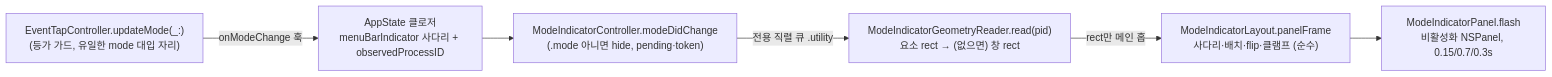
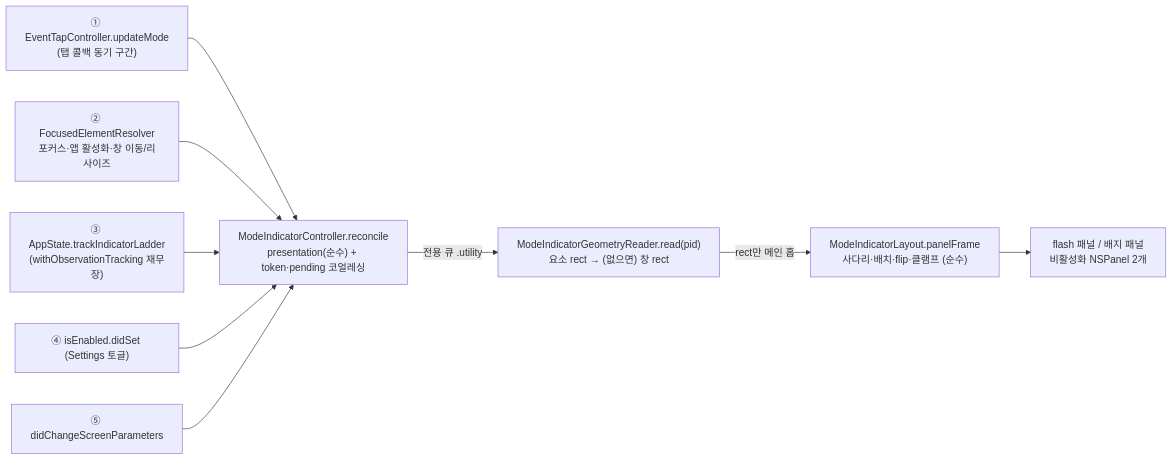
One commit to pilyang/vim-action changed the diagram in .claude/skills/architecture/references/mode-indicator-overlay.md. Above: the diagram before and after it, drawn with Mermaid. The commit also changed other lines of this file and 16 other files, not shown here.

First line of the commit message:
feat(app): keep a mode badge on screen outside insert mode (#67)

````diff
--- a/.claude/skills/architecture/references/mode-indicator-overlay.md
+++ b/.claude/skills/architecture/references/mode-indicator-overlay.md
@@ -9,8 +9,12 @@
 ```mermaid
 graph LR
-    A["EventTapController.updateMode(_:)<br/>(등가 가드, 유일한 mode 대입 자리)"] -->|onModeChange 훅| B["AppState 클로저<br/>menuBarIndicator 사다리 + observedProcessID"]
-    B --> C["ModeIndicatorController.modeDidChange<br/>(.mode 아니면 hide, pending·token)"]
-    C -->|전용 직렬 큐 .utility| D["ModeIndicatorGeometryReader.read(pid)<br/>요소 rect → (없으면) 창 rect"]
-    D -->|rect만 메인 홉| E["ModeIndicatorLayout.panelFrame<br/>사다리·배치·flip·클램프 (순수)"]
-    E --> F["ModeIndicatorPanel.flash<br/>비활성화 NSPanel, 0.15/0.7/0.3s"]
+    T1["① EventTapController.updateMode<br/>(탭 콜백 동기 구간)"] --> R
+    T2["② FocusedElementResolver<br/>포커스·앱 활성화·창 이동/리사이즈"] --> R
+    T3["③ AppState.trackIndicatorLadder<br/>(withObservationTracking 재무장)"] --> R
+    T4["④ isEnabled.didSet (Settings 토글)"] --> R
+    T5["⑤ didChangeScreenParameters"] --> R
+    R["ModeIndicatorController.reconcile<br/>presentation(순수) + token·pending 코얼레싱"]
+    R -->|전용 큐 .utility| G["ModeIndicatorGeometryReader.read(pid)<br/>요소 rect → (없으면) 창 rect"]
+    G -->|rect만 메인 홉| L["ModeIndicatorLayout.panelFrame<br/>사다리·배치·flip·클램프 (순수)"]
+    L --> P["flash 패널 / 배지 패널<br/>비활성화 NSPanel 2개"]
 ```
````
